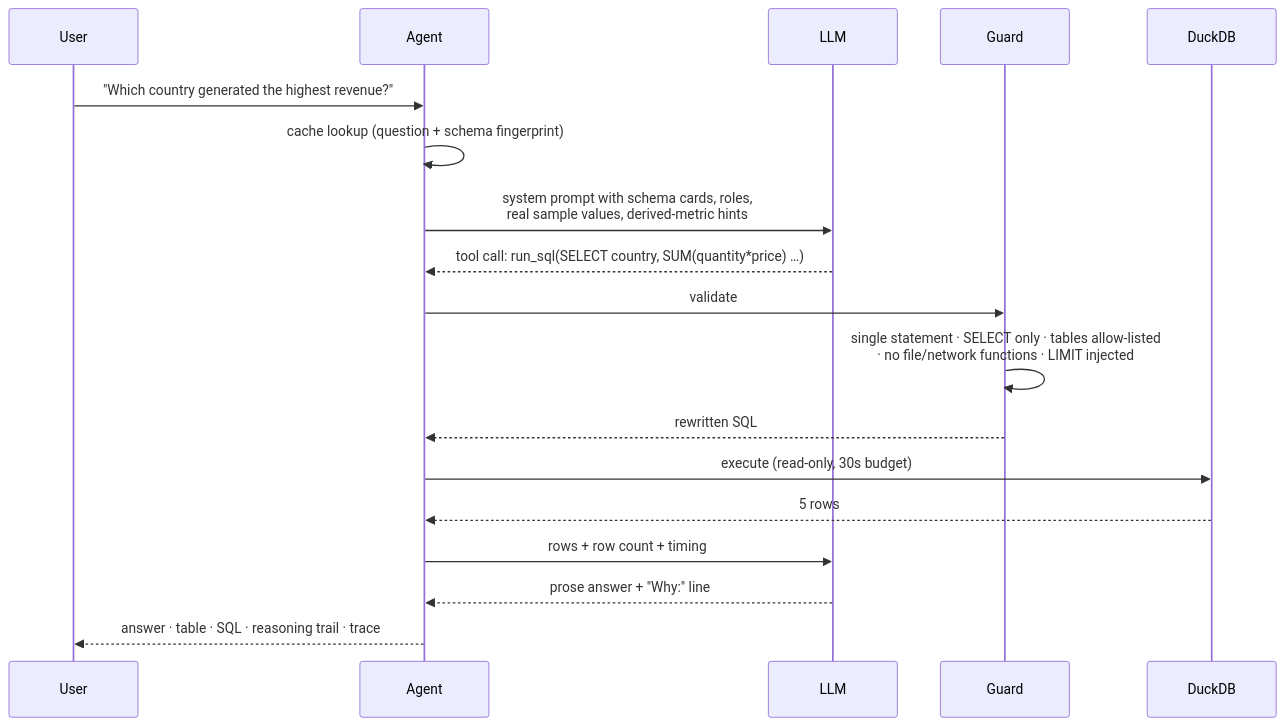
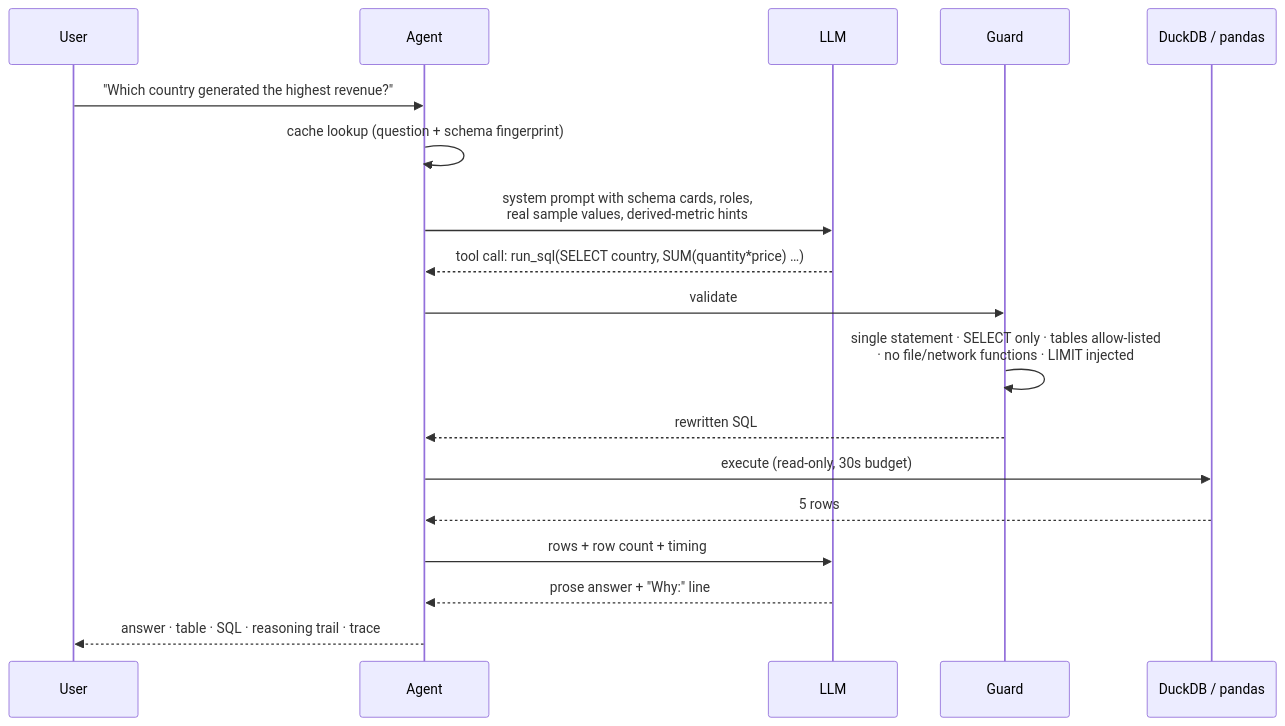
One commit to karthik-idikuda/ai-data-analyst changed the second of 2 diagrams in docs/architecture.md. Above: the diagram before and after it, drawn with Mermaid. The commit also changed other lines of this file and 2 other files, not shown here.

````diff
--- a/docs/architecture.md
+++ b/docs/architecture.md
@@ -78,21 +113,21 @@
 ```mermaid
 sequenceDiagram
     participant U as User
     participant A as Agent
     participant M as LLM
     participant G as Guard
-    participant D as DuckDB
+    participant D as DuckDB / pandas
 
     U->>A: "Which country generated the highest revenue?"
     A->>A: cache lookup (question + schema fingerprint)
     A->>M: system prompt with schema cards, roles,<br/>real sample values, derived-metric hints
     M-->>A: tool call: run_sql(SELECT country, SUM(quantity*price) …)
     A->>G: validate
     G->>G: single statement · SELECT only · tables allow-listed<br/>· no file/network functions · LIMIT injected
     G-->>A: rewritten SQL
     A->>D: execute (read-only, 30s budget)
     D-->>A: 5 rows
     A->>M: rows + row count + timing
     M-->>A: prose answer + "Why:" line
     A-->>U: answer · table · SQL · reasoning trail · trace
 ```
````
